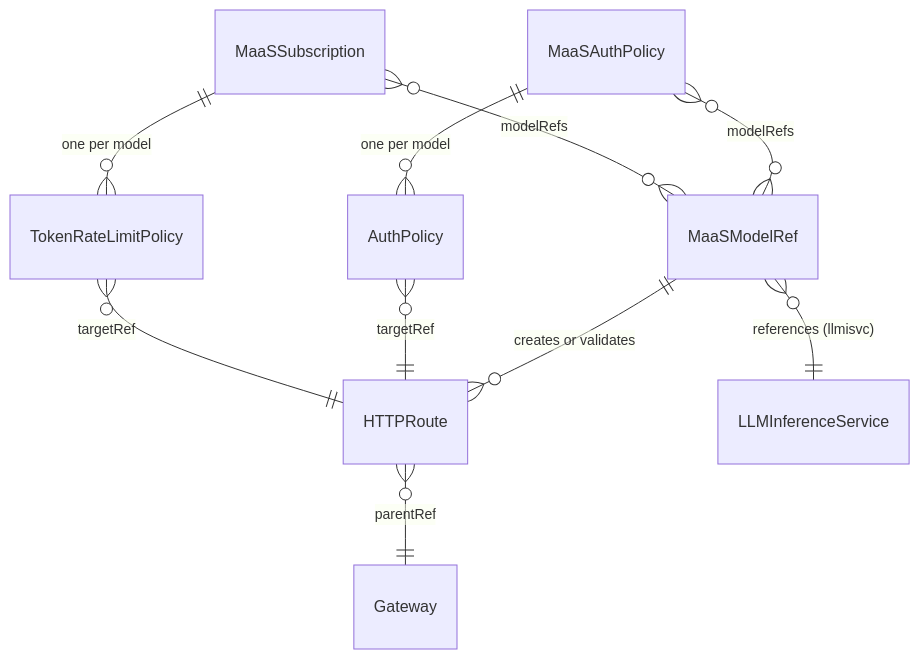
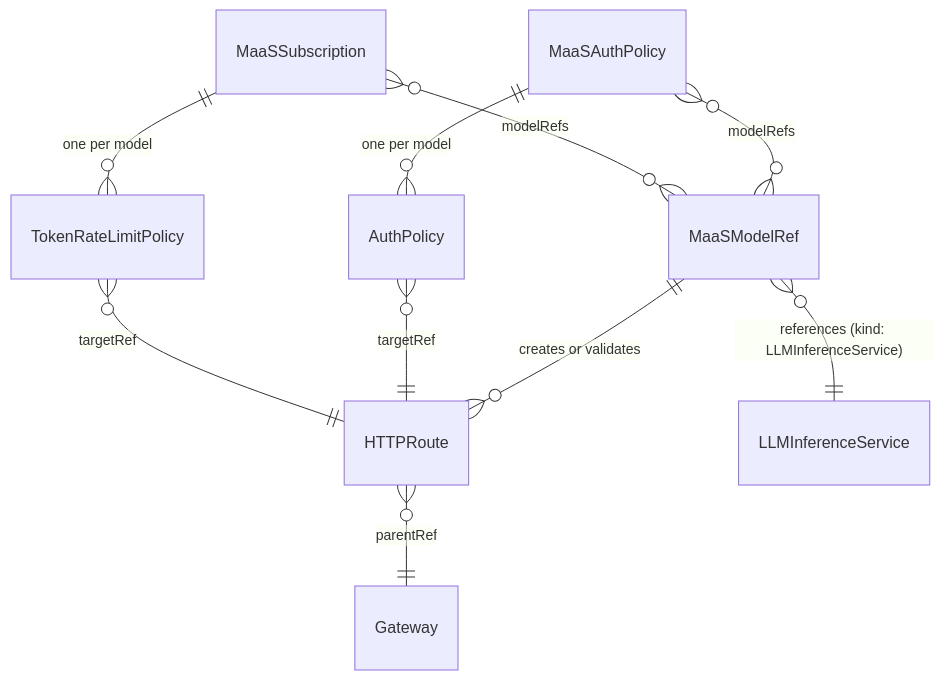
One commit to SB159/maas-billing changed the fifth of 6 diagrams in docs/content/configuration-and-management/maas-controller-overview.md. Above: the diagram before and after it, drawn with Mermaid. The commit also changed other lines of this file and 29 other files, not shown here.

First line of the commit message:
feat: update MaaS CRs to specify MaaSModel namespace they target (#483)

````diff
--- a/docs/content/configuration-and-management/maas-controller-overview.md
+++ b/docs/content/configuration-and-management/maas-controller-overview.md
@@ -177,12 +177,12 @@
 ```mermaid
 erDiagram
     MaaSModelRef ||--o{ HTTPRoute : "creates or validates"
-    MaaSModelRef }o--|| LLMInferenceService : "references (llmisvc)"
+    MaaSModelRef }o--|| LLMInferenceService : "references (kind: LLMInferenceService)"
     MaaSAuthPolicy ||--o{ AuthPolicy : "one per model"
     MaaSAuthPolicy }o--o{ MaaSModelRef : "modelRefs"
     MaaSSubscription ||--o{ TokenRateLimitPolicy : "one per model"
     MaaSSubscription }o--o{ MaaSModelRef : "modelRefs"
     AuthPolicy }o--|| HTTPRoute : "targetRef"
     TokenRateLimitPolicy }o--|| HTTPRoute : "targetRef"
     HTTPRoute }o--|| Gateway : "parentRef"
 ```
````
